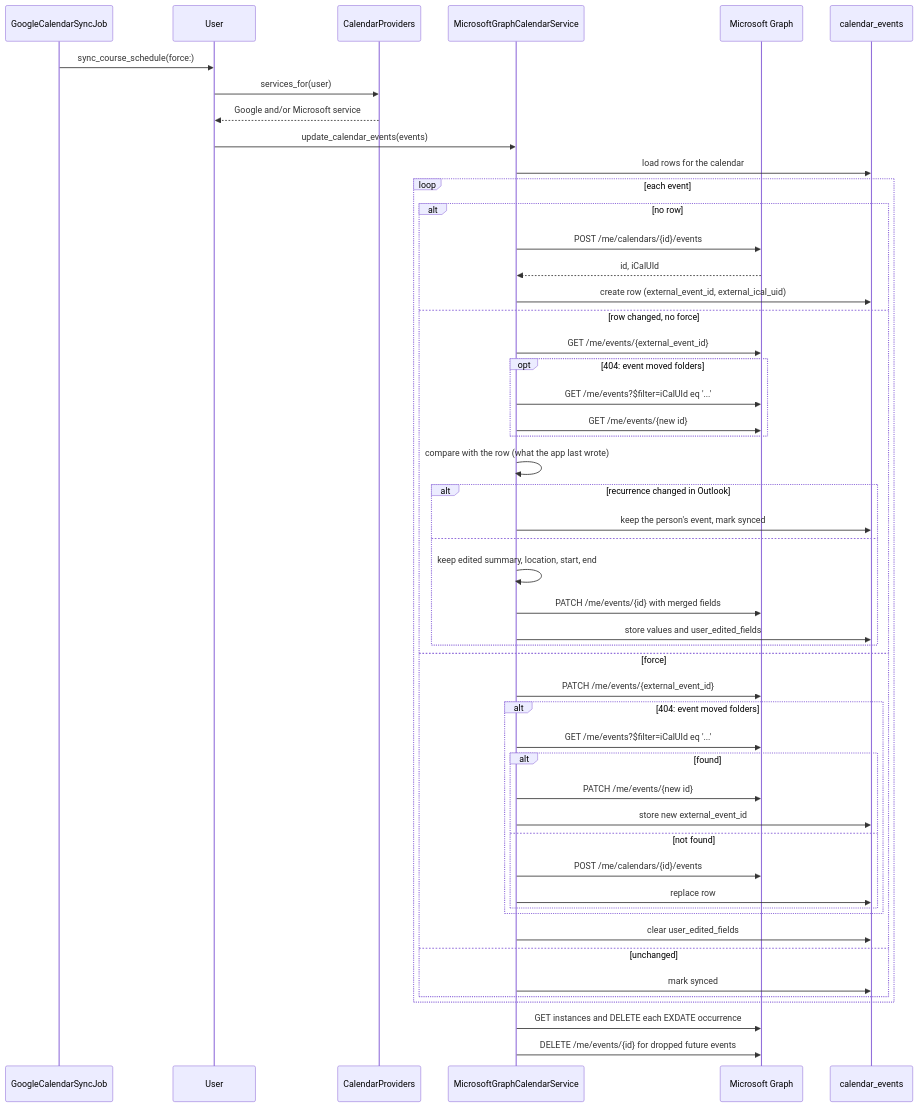
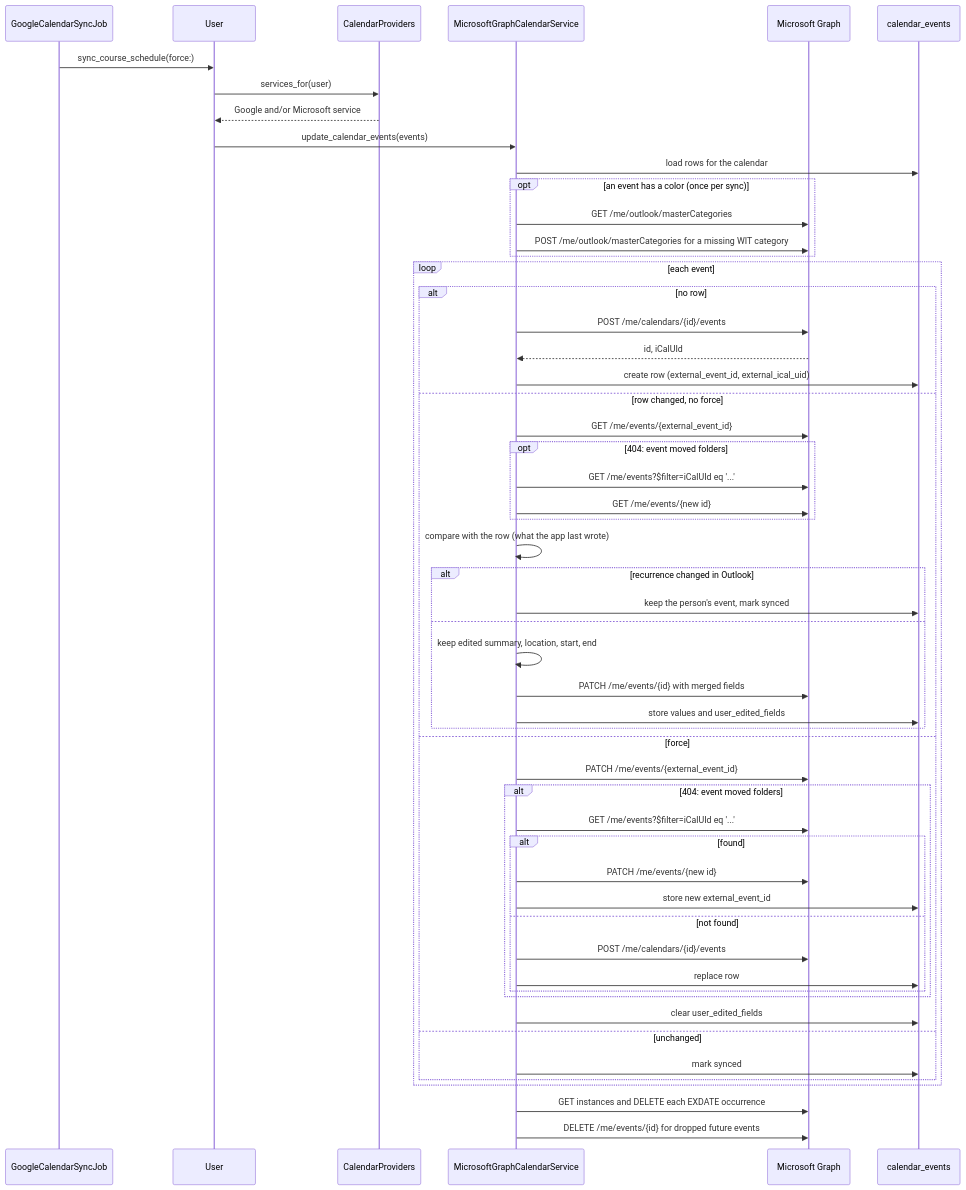
The diagram in docs/microsoft-graph-calendar.md (WITCodingClub/calendar-backend), drawn with Mermaid before and after one commit. The commit also changed other lines of this file and 14 other files, not shown here.

Commit message:
feat: color outlook events with categories

````diff
--- a/docs/microsoft-graph-calendar.md
+++ b/docs/microsoft-graph-calendar.md
@@ -55,53 +56,57 @@
 ```mermaid
 sequenceDiagram
     participant Job as GoogleCalendarSyncJob
     participant User as User#sync_course_schedule
     participant Providers as CalendarProviders
     participant MS as MicrosoftGraphCalendarService
     participant Graph as Microsoft Graph
     participant DB as calendar_events
 
     Job->>User: sync_course_schedule(force:)
     User->>Providers: services_for(user)
     Providers-->>User: Google and/or Microsoft service
     User->>MS: update_calendar_events(events)
     MS->>DB: load rows for the calendar
+    opt an event has a color (once per sync)
+        MS->>Graph: GET /me/outlook/masterCategories
+        MS->>Graph: POST /me/outlook/masterCategories for a missing WIT category
+    end
     loop each event
         alt no row
             MS->>Graph: POST /me/calendars/{id}/events
             Graph-->>MS: id, iCalUId
             MS->>DB: create row (external_event_id, external_ical_uid)
         else row changed, no force
             MS->>Graph: GET /me/events/{external_event_id}
             opt 404: event moved folders
                 MS->>Graph: GET /me/events?$filter=iCalUId eq '...'
                 MS->>Graph: GET /me/events/{new id}
             end
             MS->>MS: compare with the row (what the app last wrote)
             alt recurrence changed in Outlook
                 MS->>DB: keep the person's event, mark synced
             else
                 MS->>MS: keep edited summary, location, start, end
                 MS->>Graph: PATCH /me/events/{id} with merged fields
                 MS->>DB: store values and user_edited_fields
             end
         else force
             MS->>Graph: PATCH /me/events/{external_event_id}
             alt 404: event moved folders
                 MS->>Graph: GET /me/events?$filter=iCalUId eq '...'
                 alt found
                     MS->>Graph: PATCH /me/events/{new id}
                     MS->>DB: store new external_event_id
                 else not found
                     MS->>Graph: POST /me/calendars/{id}/events
                     MS->>DB: replace row
                 end
             end
             MS->>DB: clear user_edited_fields
         else unchanged
             MS->>DB: mark synced
         end
     end
     MS->>Graph: GET instances and DELETE each EXDATE occurrence
     MS->>Graph: DELETE /me/events/{id} for dropped future events
 ```
````
